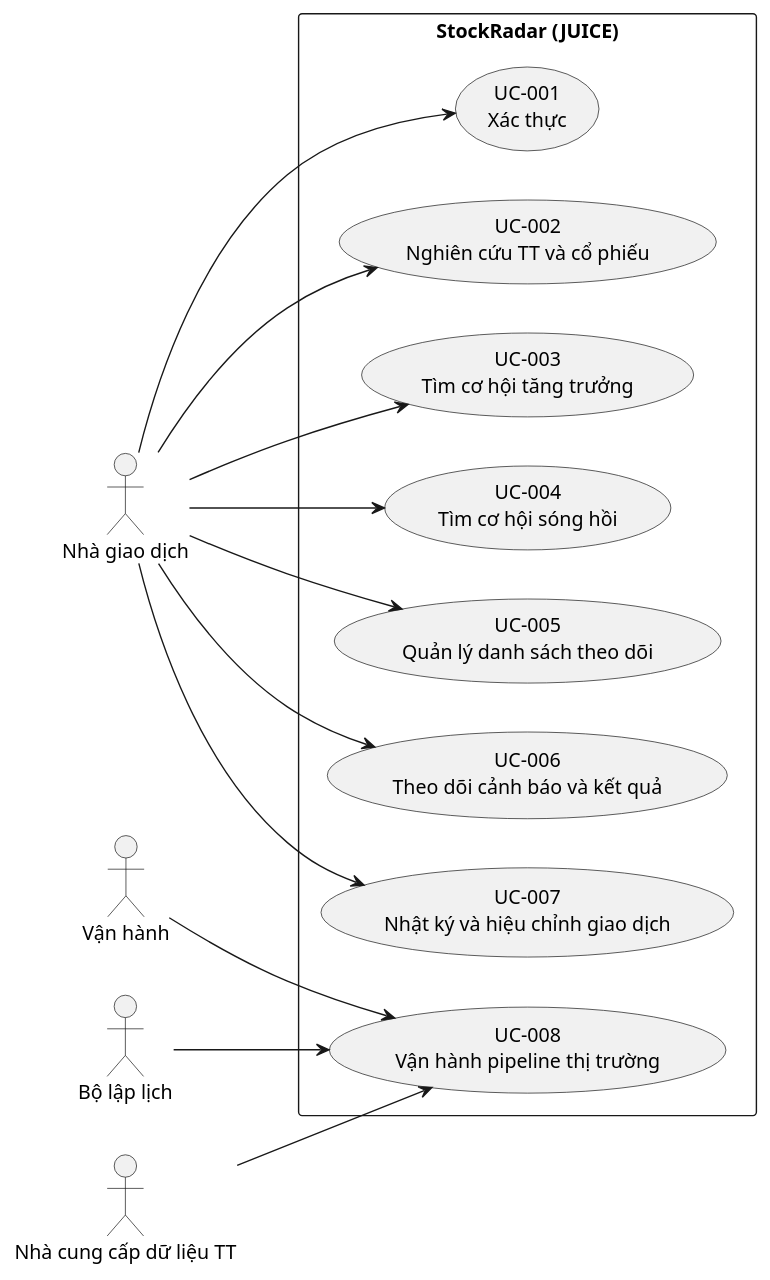
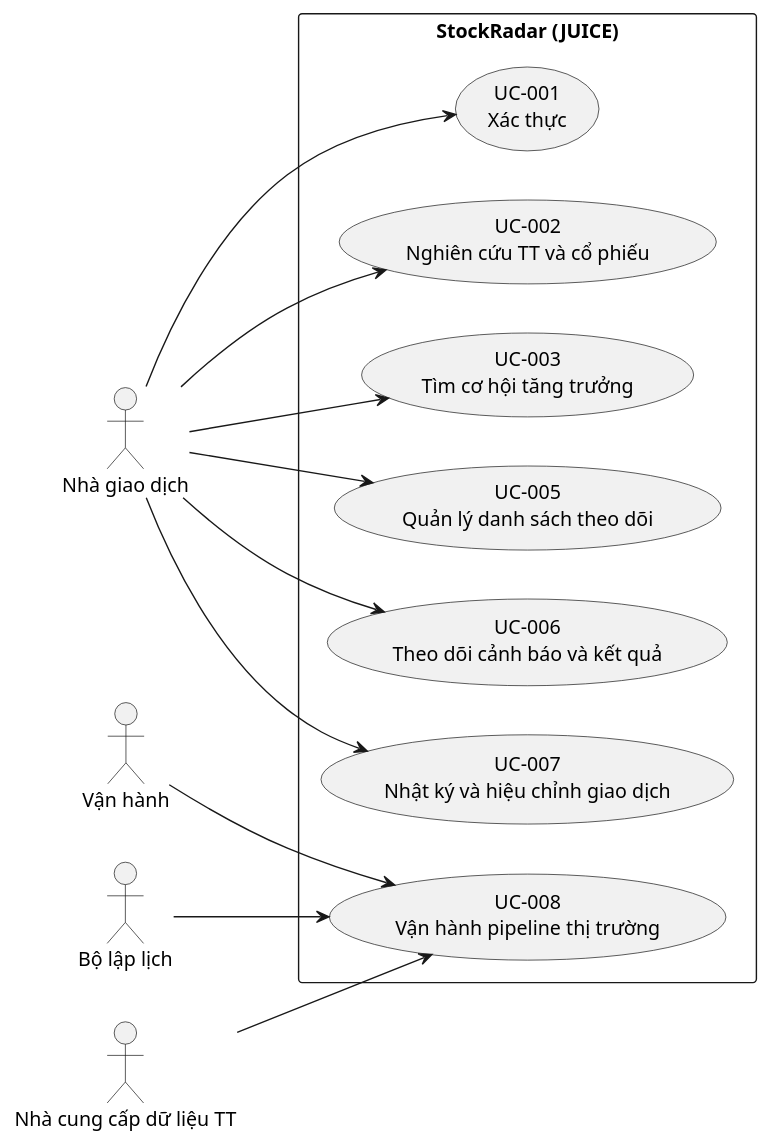
One commit to Benjamincntt/StockRadar changed the diagram in docs/use_cases.puml. Above: the diagram before and after it, drawn with PlantUML. The commit also changed 34 other files, not shown here.

```diff
--- a/docs/use_cases.puml
+++ b/docs/use_cases.puml
@@ -1,32 +1,30 @@
 @startuml Tong quan Use Case
 left to right direction
 
 actor "Nhà giao dịch" as trader
 actor "Vận hành" as operator
 actor "Bộ lập lịch" as scheduler
 actor "Nhà cung cấp dữ liệu TT" as mdp
 
 rectangle "StockRadar (JUICE)" {
     usecase "UC-001\nXác thực" as UC001
     usecase "UC-002\nNghiên cứu TT và cổ phiếu" as UC002
     usecase "UC-003\nTìm cơ hội tăng trưởng" as UC003
-    usecase "UC-004\nTìm cơ hội sóng hồi" as UC004
     usecase "UC-005\nQuản lý danh sách theo dõi" as UC005
     usecase "UC-006\nTheo dõi cảnh báo và kết quả" as UC006
     usecase "UC-007\nNhật ký và hiệu chỉnh giao dịch" as UC007
     usecase "UC-008\nVận hành pipeline thị trường" as UC008
 }
 
 trader --> UC001
 trader --> UC002
 trader --> UC003
-trader --> UC004
 trader --> UC005
 trader --> UC006
 trader --> UC007
 
 operator --> UC008
 scheduler --> UC008
 mdp --> UC008
 
 @enduml
```
